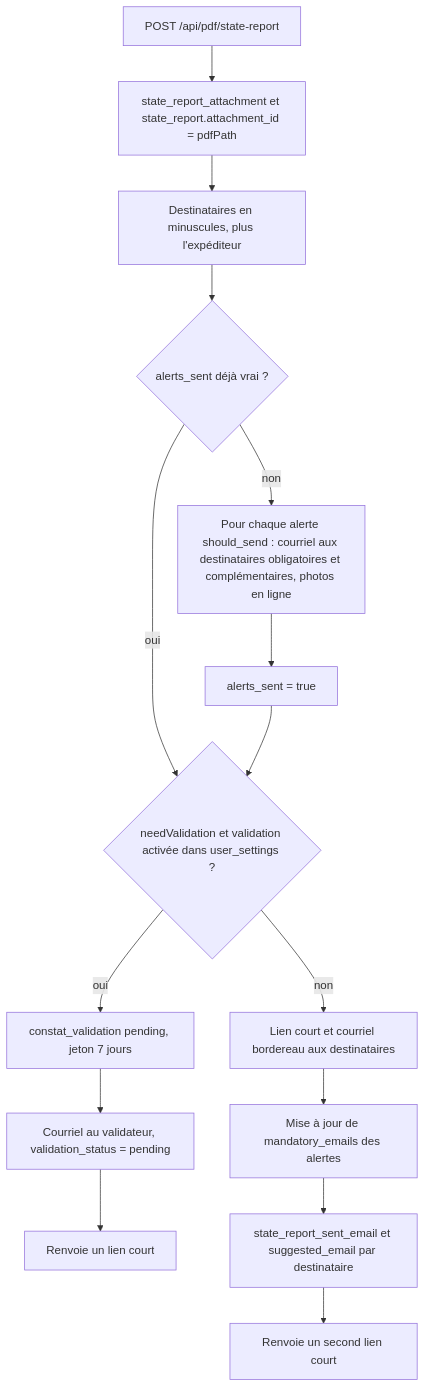
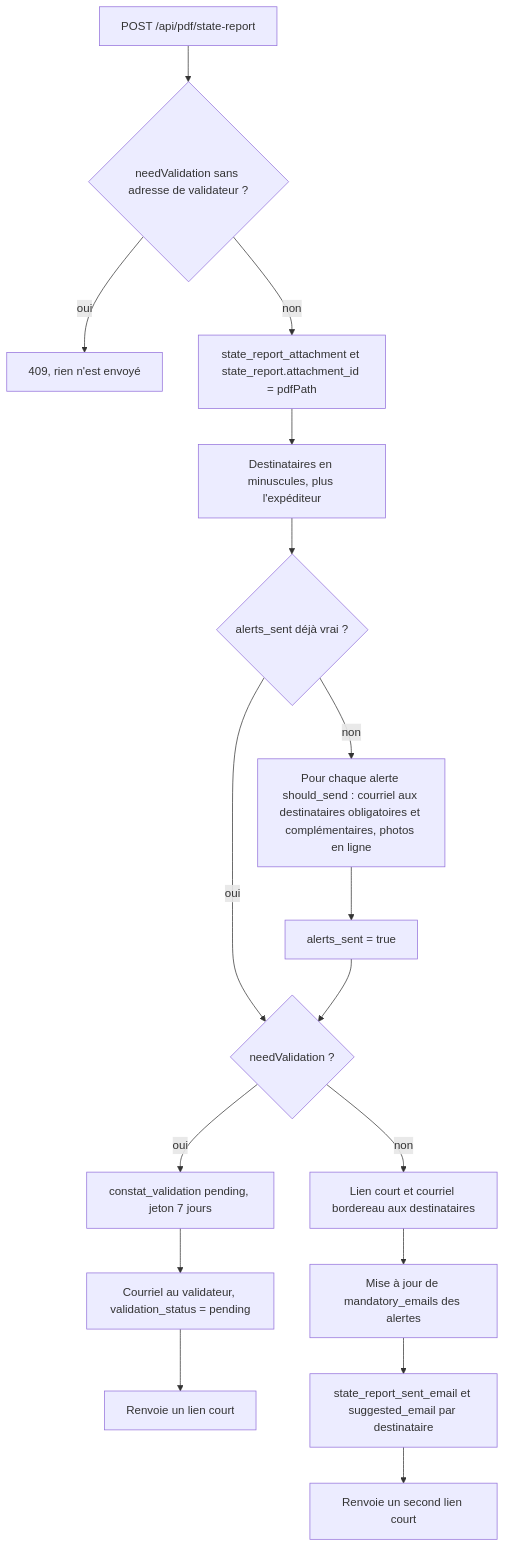
One commit to betagouv/patrinotes changed the fourth of 5 diagrams in docs/04-backend-api.md. Above: the diagram before and after it, drawn with Mermaid. The commit also changed other lines of this file and 18 other files, not shown here.

````diff
--- a/docs/04-backend-api.md
+++ b/docs/04-backend-api.md
@@ -399,17 +404,19 @@
 ```mermaid
 flowchart TD
-    S["POST /api/pdf/state-report"] --> A["state_report_attachment et state_report.attachment_id = pdfPath"]
+    S["POST /api/pdf/state-report"] --> VE{"needValidation sans adresse de validateur ?"}
+    VE -- oui --> VX["409, rien n'est envoyé"]
+    VE -- non --> A["state_report_attachment et state_report.attachment_id = pdfPath"]
     A --> R["Destinataires en minuscules, plus l'expéditeur"]
     R --> AL{"alerts_sent déjà vrai ?"}
     AL -- non --> AL2["Pour chaque alerte should_send : courriel aux destinataires obligatoires et complémentaires, photos en ligne"]
     AL2 --> AL3["alerts_sent = true"]
     AL -- oui --> V
-    AL3 --> V{"needValidation et validation activée dans user_settings ?"}
+    AL3 --> V{"needValidation ?"}
     V -- oui --> V1["constat_validation pending, jeton 7 jours"]
     V1 --> V2["Courriel au validateur, validation_status = pending"]
     V2 --> V3["Renvoie un lien court"]
     V -- non --> N1["Lien court et courriel bordereau aux destinataires"]
     N1 --> N2["Mise à jour de mandatory_emails des alertes"]
     N2 --> N3["state_report_sent_email et suggested_email par destinataire"]
     N3 --> N4["Renvoie un second lien court"]
 ```
````
